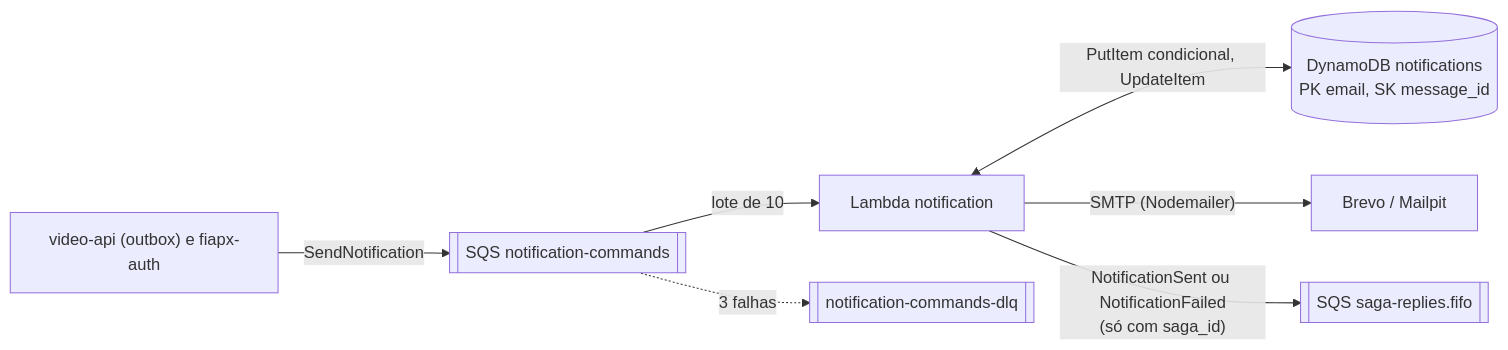
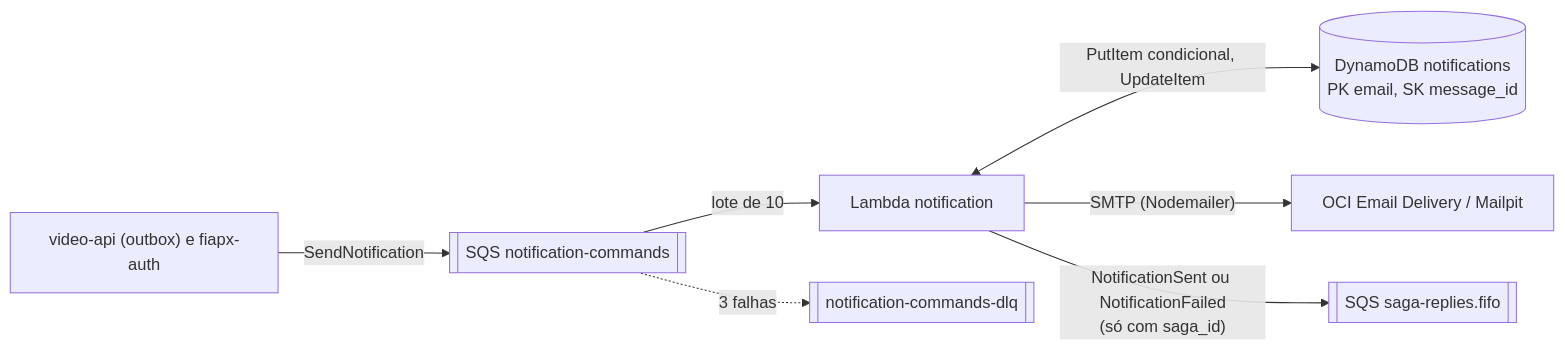
One commit to hackathon-fiap-soat/fiapx-notification changed the diagram in README.md. Above: the diagram before and after it, drawn with Mermaid. The commit also changed other lines of this file and 5 other files, not shown here.

First line of the commit message:
feat(smtp): OCI Email Delivery como provedor padrão (ADR-020) (#14)

````diff
--- a/README.md
+++ b/README.md
@@ -22,9 +22,9 @@
 ```mermaid
 flowchart LR
   P["video-api (outbox) e fiapx-auth"] -->|SendNotification| Q[["SQS notification-commands"]]
   Q -->|"lote de 10"| L["Lambda notification"]
   L <-->|"PutItem condicional, UpdateItem"| D[("DynamoDB notifications<br/>PK email, SK message_id")]
-  L -->|"SMTP (Nodemailer)"| S["Brevo / Mailpit"]
+  L -->|"SMTP (Nodemailer)"| S["OCI Email Delivery / Mailpit"]
   L -->|"NotificationSent ou NotificationFailed<br/>(só com saga_id)"| R[["SQS saga-replies.fifo"]]
   Q -. "3 falhas" .-> DLQ[["notification-commands-dlq"]]
 ```
````
